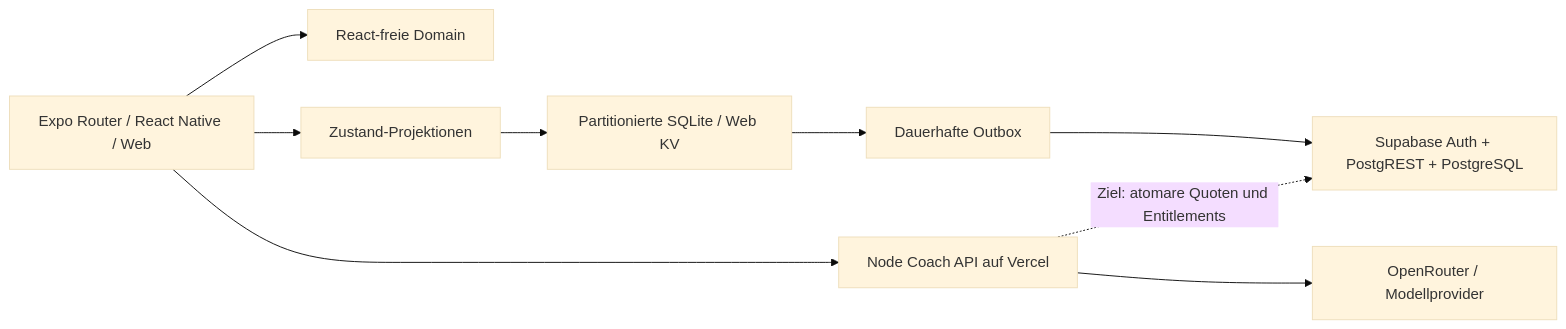
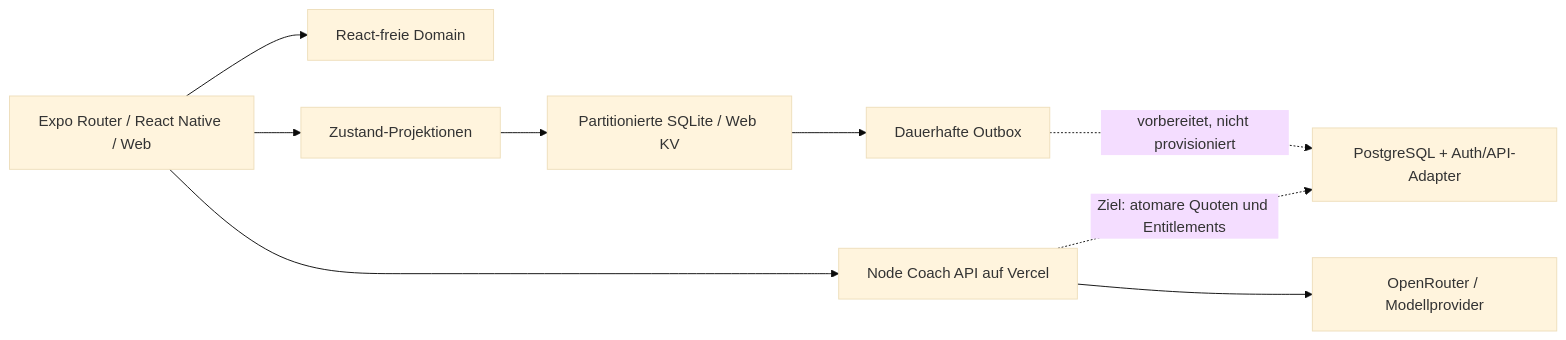
One commit to knrds/fitness-tracker changed the diagram in docs/roadmap/ARCHITECTURE.md. Above: the diagram before and after it, drawn with Mermaid (base theme). The commit also changed other lines of this file and 22 other files, not shown here.

Commit message:
Prepare portable PostgreSQL quotas and safe account deletion lifecycle

````diff
--- a/docs/roadmap/ARCHITECTURE.md
+++ b/docs/roadmap/ARCHITECTURE.md
@@ -5,11 +5,11 @@
 ```mermaid
 flowchart LR
   UI[Expo Router / React Native / Web] --> D[React-freie Domain]
   UI --> ST[Zustand-Projektionen]
   ST --> L[Partitionierte SQLite / Web KV]
   L --> O[Dauerhafte Outbox]
-  O --> S[Supabase Auth + PostgREST + PostgreSQL]
+  O -. vorbereitet, nicht provisioniert .-> S[PostgreSQL + Auth/API-Adapter]
   UI --> A[Node Coach API auf Vercel]
   A --> P[OpenRouter / Modellprovider]
   A -. Ziel: atomare Quoten und Entitlements .-> S
 ```
````
